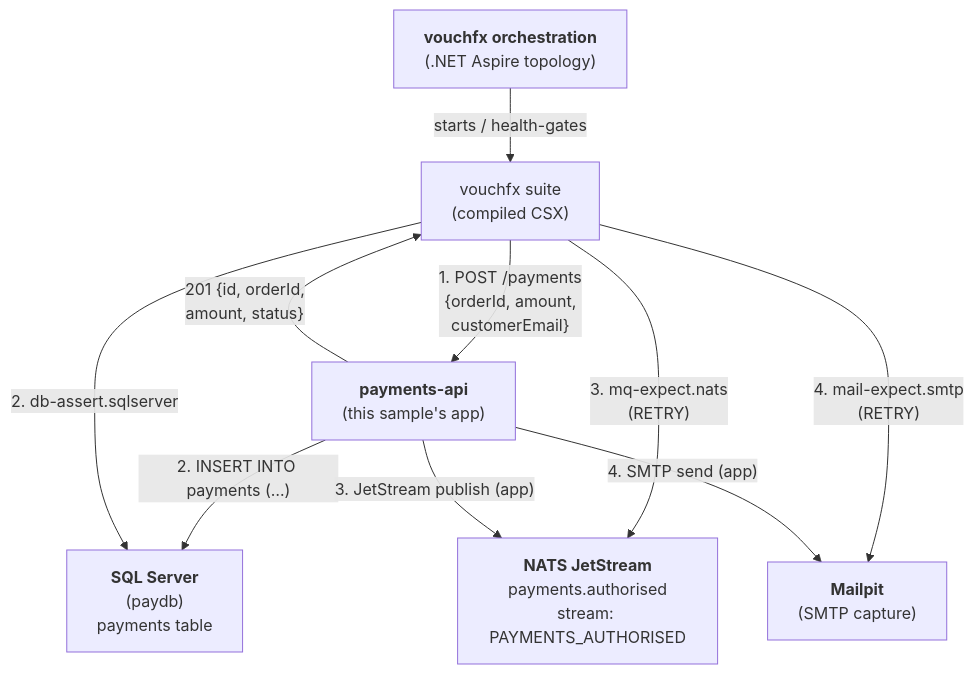
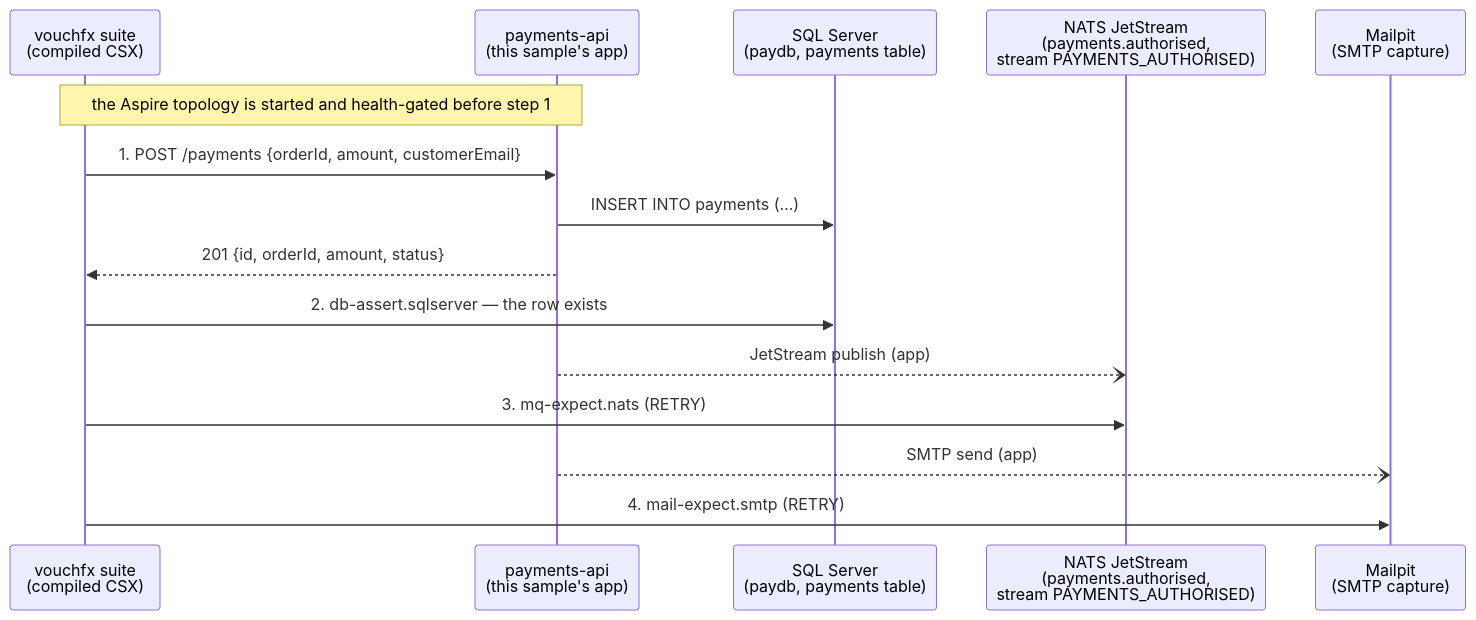
Before and after one commit to tomas-rampas/vouchfx-samples: the diagram in samples/payments-java/README.md, drawn with Mermaid. The commit also changed 3 other files, not shown here.

First line of the commit message:
docs: architecture diagrams become sequence diagrams (#14)

````diff
--- a/samples/payments-java/README.md
+++ b/samples/payments-java/README.md
@@ -31,19 +31,17 @@
 ```mermaid
-flowchart TB
-    Orchestration["<b>vouchfx orchestration</b><br/>(.NET Aspire topology)"]
-    Suite["vouchfx suite<br/>(compiled CSX)"]
-    
-    Orchestration -->|"starts / health-gates"| Suite
-    
-    Suite -->|"1. POST /payments<br/>{orderId, amount,<br/>customerEmail}"| API["<b>payments-api</b><br/>(this sample's app)"]
-    API -->|"201 {id, orderId,<br/>amount, status}"| Suite
-    
-    API -->|"2. INSERT INTO payments (…)"| DB["<b>SQL Server</b><br/>(paydb)<br/>payments table"]
-    Suite -->|"2. db-assert.sqlserver"| DB
-    
-    Suite -->|"3. mq-expect.nats<br/>(RETRY)"| NATS["<b>NATS JetStream</b><br/>payments.authorised<br/>stream: PAYMENTS_AUTHORISED"]
-    API -->|"3. JetStream publish (app)"| NATS
-    
-    Suite -->|"4. mail-expect.smtp<br/>(RETRY)"| Mail["<b>Mailpit</b><br/>(SMTP capture)"]
-    API -->|"4. SMTP send (app)"| Mail
+sequenceDiagram
+    participant Suite as vouchfx suite<br/>(compiled CSX)
+    participant API as payments-api<br/>(this sample's app)
+    participant DB as SQL Server<br/>(paydb, payments table)
+    participant NATS as NATS JetStream<br/>(payments.authorised,<br/>stream PAYMENTS_AUTHORISED)
+    participant Mail as Mailpit<br/>(SMTP capture)
+    Note over Suite,API: the Aspire topology is started and health-gated before step 1
+    Suite->>API: 1. POST /payments {orderId, amount, customerEmail}
+    API->>DB: INSERT INTO payments (…)
+    API-->>Suite: 201 {id, orderId, amount, status}
+    Suite->>DB: 2. db-assert.sqlserver — the row exists
+    API--)NATS: JetStream publish (app)
+    Suite->>NATS: 3. mq-expect.nats (RETRY)
+    API--)Mail: SMTP send (app)
+    Suite->>Mail: 4. mail-expect.smtp (RETRY)
 ```
````
